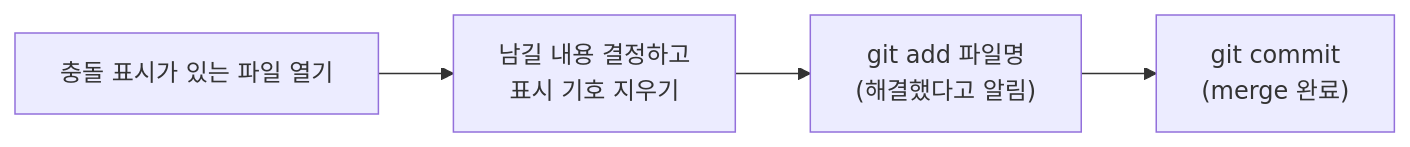
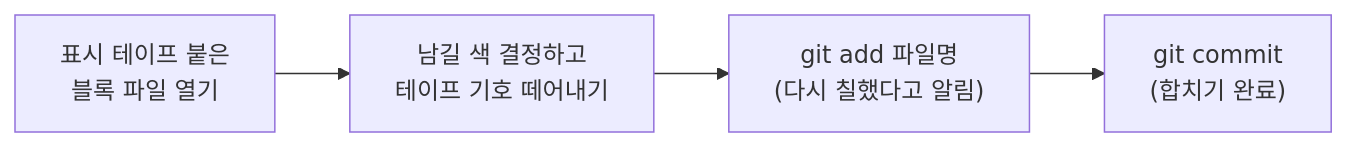
One commit to skinopero/my-blog changed the third of 4 diagrams in _posts/2026-08-31-merge-충돌.md. Above: the diagram before and after it, drawn with Mermaid. The commit also changed other lines of this file and 2 other files, not shown here.

````diff
--- a/_posts/2026-08-31-merge-충돌.md
+++ b/_posts/2026-08-31-merge-충돌.md
@@ -89,6 +94,6 @@
 ```mermaid
 flowchart LR
-    A[충돌 표시가 있는 파일 열기] --> B[남길 내용 결정하고<br/>표시 기호 지우기]
-    B --> C["git add 파일명<br/>(해결했다고 알림)"]
-    C --> D["git commit<br/>(merge 완료)"]
+    A[표시 테이프 붙은<br/>블록 파일 열기] --> B[남길 색 결정하고<br/>테이프 기호 떼어내기]
+    B --> C["git add 파일명<br/>(다시 칠했다고 알림)"]
+    C --> D["git commit<br/>(합치기 완료)"]
 ```
````
